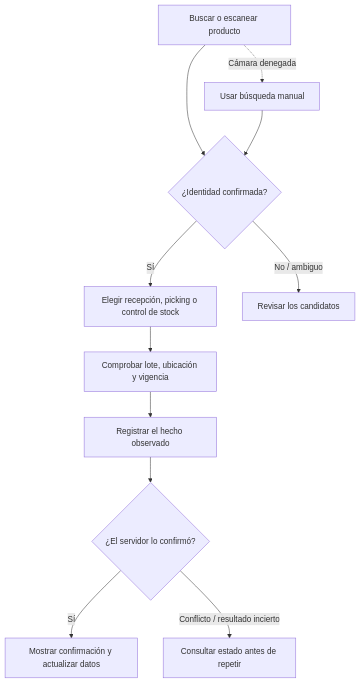
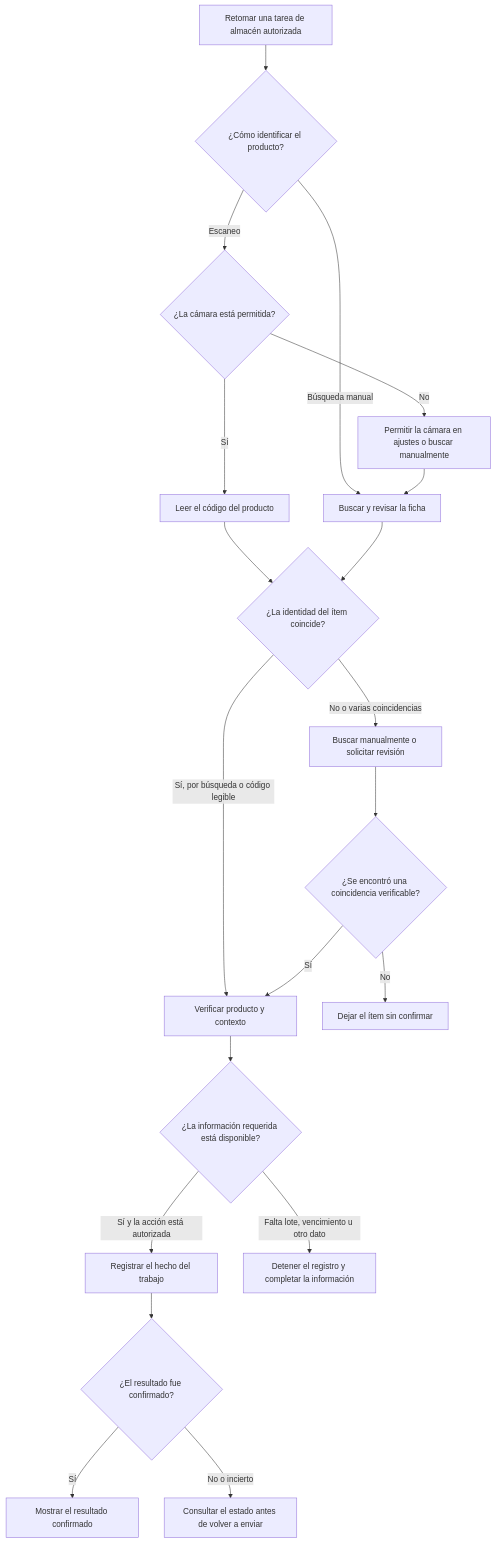
One commit to nexa-suite/mobile-report changed the second of 5 diagrams in report/03-solution-ui-ux-design/3.1-product-design/3.1.4-mobile-applications-ux-ui-design/3.1.4.4-mobile-application-user-flows.md. Above: the diagram before and after it, drawn with Mermaid. The commit also changed other lines of this file, not shown here.

Commit message:
docs(ch3): clarify user flows and recovery paths

````diff
--- a/report/03-solution-ui-ux-design/3.1-product-design/3.1.4-mobile-applications-ux-ui-design/3.1.4.4-mobile-application-user-flows.md
+++ b/report/03-solution-ui-ux-design/3.1-product-design/3.1.4-mobile-applications-ux-ui-design/3.1.4.4-mobile-application-user-flows.md
@@ -90,13 +54,22 @@
-```mermaid
+~~~mermaid
 flowchart TB
-  A["Buscar o escanear producto"] --> B{"¿Identidad confirmada?"}
-  A -. "Cámara denegada" .-> M["Usar búsqueda manual"]
-  M --> B
-  B -->|"Sí"| C["Elegir recepción, picking o control de stock"]
-  B -->|"No / ambiguo"| D["Revisar los candidatos"]
-  C --> E["Comprobar lote, ubicación y vigencia"]
-  E --> F["Registrar el hecho observado"]
-  F --> G{"¿El servidor lo confirmó?"}
-  G -->|"Sí"| H["Mostrar confirmación y actualizar datos"]
-  G -->|"Conflicto / resultado incierto"| I["Consultar estado antes de repetir"]
-```
+  A["Retomar una tarea de almacén autorizada"] --> B{"¿Cómo identificar el producto?"}
+  B -->|"Búsqueda manual"| BM["Buscar y revisar la ficha"]
+  B -->|"Escaneo"| BC{"¿La cámara está permitida?"}
+  BC -->|"Sí"| BL["Leer el código del producto"]
+  BC -->|"No"| BR["Permitir la cámara en ajustes o buscar manualmente"]
+  BR --> BM
+  BL --> C{"¿La identidad del ítem coincide?"}
+  BM --> C
+  C -->|"Sí, por búsqueda o código legible"| D["Verificar producto y contexto"]
+  C -->|"No o varias coincidencias"| E["Buscar manualmente o solicitar revisión"]
+  D --> F{"¿La información requerida está disponible?"}
+  F -->|"Sí y la acción está autorizada"| G["Registrar el hecho del trabajo"]
+  F -->|"Falta lote, vencimiento u otro dato"| H["Detener el registro y completar la información"]
+  G --> I{"¿El resultado fue confirmado?"}
+  I -->|"Sí"| J["Mostrar el resultado confirmado"]
+  I -->|"No o incierto"| K["Consultar el estado antes de volver a enviar"]
+  E --> L{"¿Se encontró una coincidencia verificable?"}
+  L -->|"Sí"| D
+  L -->|"No"| M["Dejar el ítem sin confirmar"]
+~~~
````
